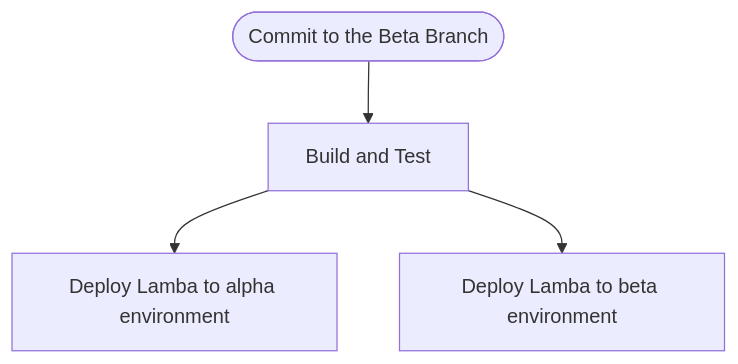
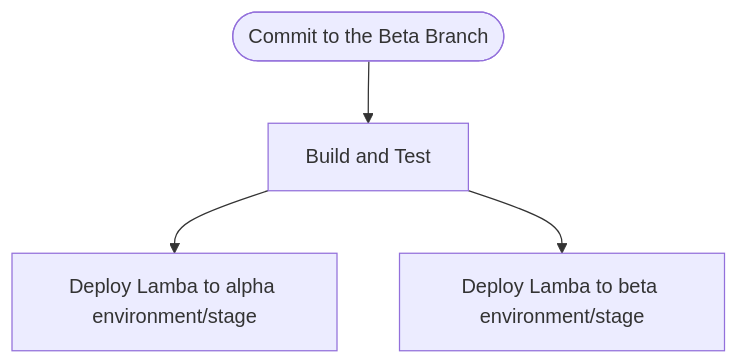
One commit to bogeorge/githubworkflow changed the second of 3 diagrams in .github/workflows/README.md. Above: the diagram before and after it, drawn with Mermaid. The commit also changed other lines of this file and 5 other files, not shown here.

````diff
--- a/.github/workflows/README.md
+++ b/.github/workflows/README.md
@@ -36,7 +36,7 @@
 ```mermaid
 graph TD;
     id1([Commit to the Beta Branch])
     -->id2[Build and Test]
-    id2 --> id3[Deploy Lamba to alpha environment]
-    id2 --> id4[Deploy Lamba to beta environment]
+    id2 --> id3[Deploy Lamba to alpha environment/stage]
+    id2 --> id4[Deploy Lamba to beta environment/stage]
 ```   
````
